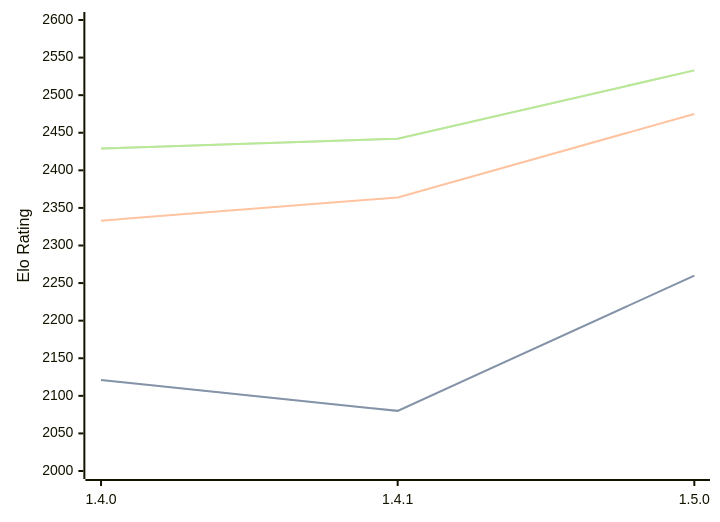
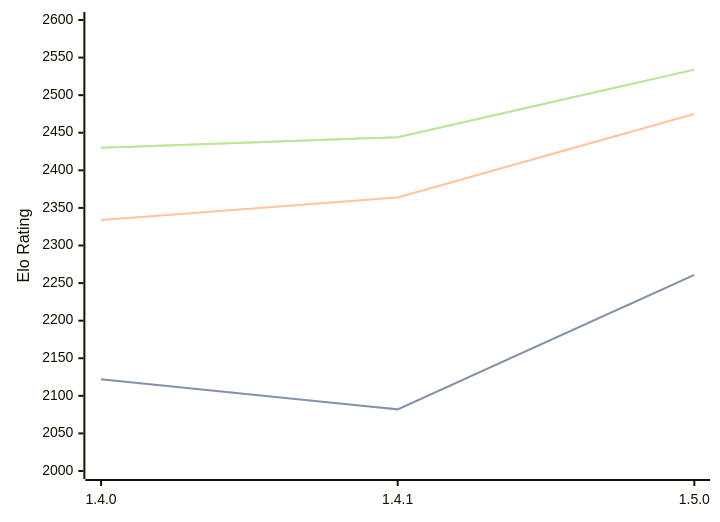
One commit to computer-chess-index/cci changed the diagram in engines/Tofiks.md. Above: the diagram before and after it, drawn with Mermaid. The commit also changed other lines of this file, not shown here.

Commit message:
Update CCI Ratings (ELO VLTC) - 2026-05-01

````diff
--- a/engines/Tofiks.md
+++ b/engines/Tofiks.md
@@ -37,11 +37,11 @@
 ```mermaid
 %%{init: {"theme":"base","themeVariables":{"seriesColors:['#a3a3a3','#222221','#faa371']}}}%%
 xychart-beta
   x-axis ["1.4.0", "1.4.1", "1.5.0"]
   y-axis "Elo Rating" 2000 --> 2600
-  line "STC (8.0+0.08s)" [2121, 2080, 2260]
-  line "STC (8.0+0.08s)" [2121, 2080, 2260]
-  line "LTC (60.0+0.60s)" [2333, 2364, 2475]
-  line "VLTC (2m24s+1.12s)" [2429, 2442, 2533]
-  line "VLTC (2m24s+1.12s)" [2429, 2442, 2533]
+  line "STC (8.0+0.08s)" [2122, 2082, 2261]
+  line "STC (8.0+0.08s)" [2122, 2082, 2261]
+  line "LTC (60.0+0.60s)" [2334, 2364, 2475]
+  line "VLTC (2m24s+1.12s)" [2430, 2444, 2534]
+  line "VLTC (2m24s+1.12s)" [2430, 2444, 2534]
 ```
````
